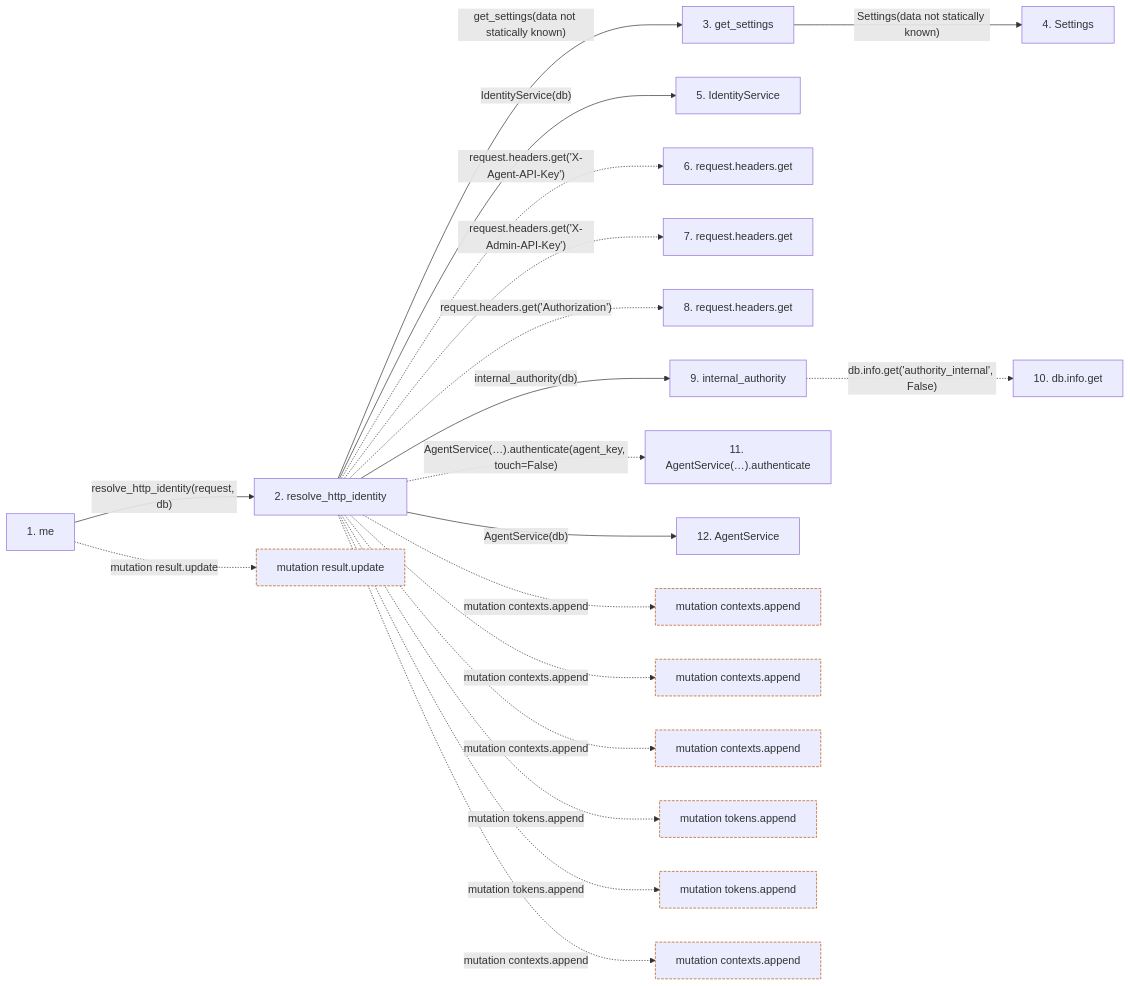
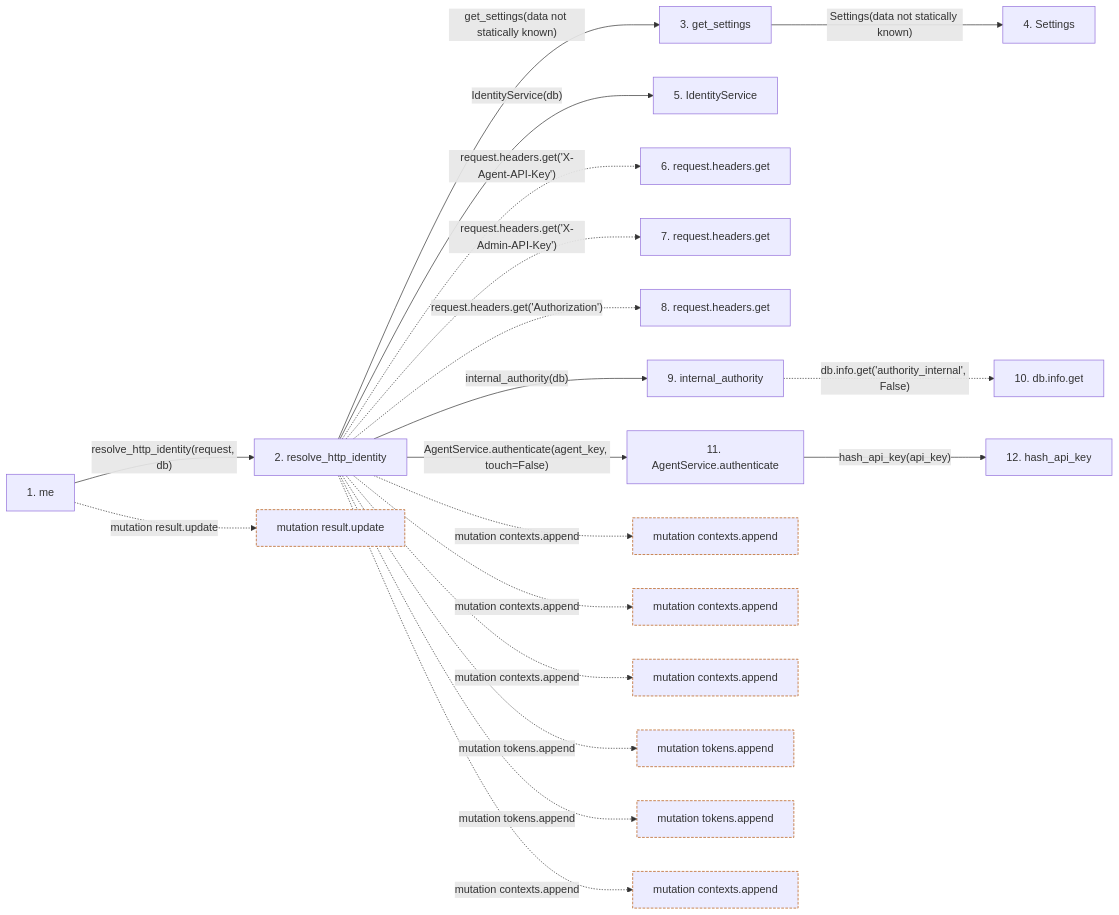
Before and after one commit to Denissvgn/WorkChord: the second of 2 diagrams in docs/llm_wiki/flows/http-me.md, drawn with Mermaid. The commit also changed other lines of this file and 25171 other files, not shown here.

````diff
--- a/docs/llm_wiki/flows/http-me.md
+++ b/docs/llm_wiki/flows/http-me.md
@@ -81,55 +138,56 @@
 ```mermaid
 flowchart LR
     s1["1. me"]
     s2["2. resolve_http_identity"]
     s3["3. get_settings"]
     s4["4. Settings"]
     s5["5. IdentityService"]
     s6["6. request.headers.get"]
     s7["7. request.headers.get"]
     s8["8. request.headers.get"]
     s9["9. internal_authority"]
     s10["10. db.info.get"]
-    s11["11. AgentService(…).authenticate"]
-    s12["12. AgentService"]
+    s11["11. AgentService.authenticate"]
+    s12["12. hash_api_key"]
     s1 -->|"resolve_http_identity(request, db)"| s2
     s2 -->|"get_settings(data not statically known)"| s3
     s3 -->|"Settings(data not statically known)"| s4
     s2 -->|"IdentityService(db)"| s5
     s2 -. "request.headers.get('X-Agent-API-Key')" .-> s6
     s2 -. "request.headers.get('X-Admin-API-Key')" .-> s7
     s2 -. "request.headers.get('Authorization')" .-> s8
     s2 -->|"internal_authority(db)"| s9
     s9 -. "db.info.get('authority_internal', False)" .-> s10
-    s2 -. "AgentService(…).authenticate(agent_key, touch=False)" .-> s11
-    s2 -->|"AgentService(db)"| s12
+    s2 -->|"AgentService.authenticate(agent_key, touch=False)"| s11
+    s11 -->|"hash_api_key(api_key)"| s12
     b0["mutation result.update"]
     s1 -. "mutation result.update" .-> b0
     b1["mutation contexts.append"]
     s2 -. "mutation contexts.append" .-> b1
     b2["mutation contexts.append"]
     s2 -. "mutation contexts.append" .-> b2
     b3["mutation contexts.append"]
     s2 -. "mutation contexts.append" .-> b3
     b4["mutation tokens.append"]
     s2 -. "mutation tokens.append" .-> b4
     b5["mutation tokens.append"]
     s2 -. "mutation tokens.append" .-> b5
     b6["mutation contexts.append"]
     s2 -. "mutation contexts.append" .-> b6
     click s1 "../modules/routers_identity.md"
     click s2 "../modules/http_authority.md"
     click s3 "../modules/config.md"
     click s4 "../modules/config.md"
     click s5 "../modules/identity_service.md"
     click s9 "../modules/authority.md"
+    click s11 "../modules/agent_service.md"
     click s12 "../modules/agent_service.md"
     classDef boundary stroke:#b45309,stroke-dasharray: 4 2
     class b0 boundary
     class b1 boundary
     class b2 boundary
     class b3 boundary
     class b4 boundary
     class b5 boundary
     class b6 boundary
 ```
````
